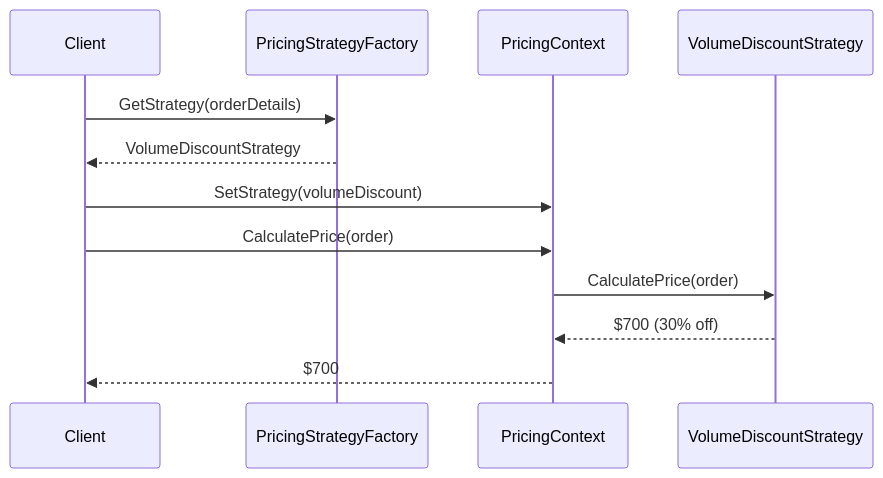
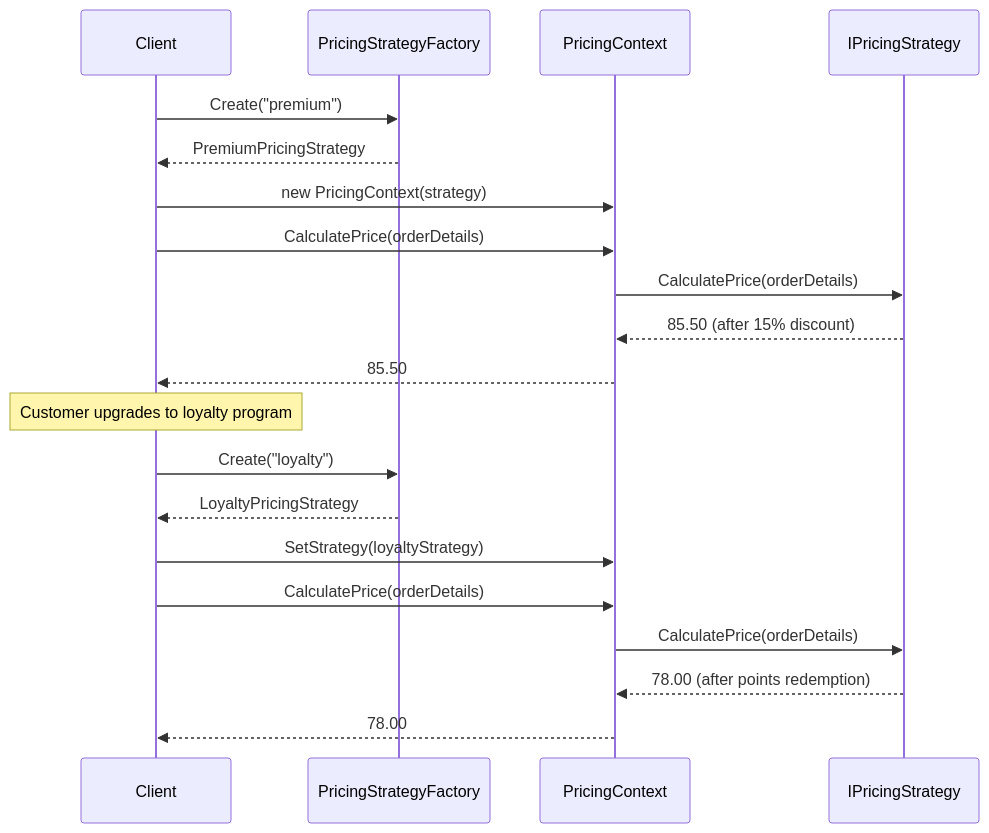
The second of 2 diagrams in src/DesignPatterns.Behavioral/Strategy/README.md (senapatisantosh/DotnetAdvanceDesignPattern), drawn with Mermaid before and after one commit. The commit also changed other lines of this file, not shown here.

First line of the commit message:
fix: update Strategy pattern README

````diff
--- a/src/DesignPatterns.Behavioral/Strategy/README.md
+++ b/src/DesignPatterns.Behavioral/Strategy/README.md
@@ -107,15 +137,26 @@
 ```mermaid
 sequenceDiagram
     participant Client
     participant Factory as PricingStrategyFactory
     participant Context as PricingContext
-    participant Strategy as VolumeDiscountStrategy
+    participant Strategy as IPricingStrategy
 
-    Client->>Factory: GetStrategy(orderDetails)
-    Factory-->>Client: VolumeDiscountStrategy
-    Client->>Context: SetStrategy(volumeDiscount)
-    Client->>Context: CalculatePrice(order)
-    Context->>Strategy: CalculatePrice(order)
-    Strategy-->>Context: $700 (30% off)
-    Context-->>Client: $700
+    Client->>Factory: Create("premium")
+    Factory-->>Client: PremiumPricingStrategy
+    Client->>Context: new PricingContext(strategy)
+
+    Client->>Context: CalculatePrice(orderDetails)
+    Context->>Strategy: CalculatePrice(orderDetails)
+    Strategy-->>Context: 85.50 (after 15% discount)
+    Context-->>Client: 85.50
+
+    Note over Client: Customer upgrades to loyalty program
+    Client->>Factory: Create("loyalty")
+    Factory-->>Client: LoyaltyPricingStrategy
+    Client->>Context: SetStrategy(loyaltyStrategy)
+
+    Client->>Context: CalculatePrice(orderDetails)
+    Context->>Strategy: CalculatePrice(orderDetails)
+    Strategy-->>Context: 78.00 (after points redemption)
+    Context-->>Client: 78.00
 ```
````
